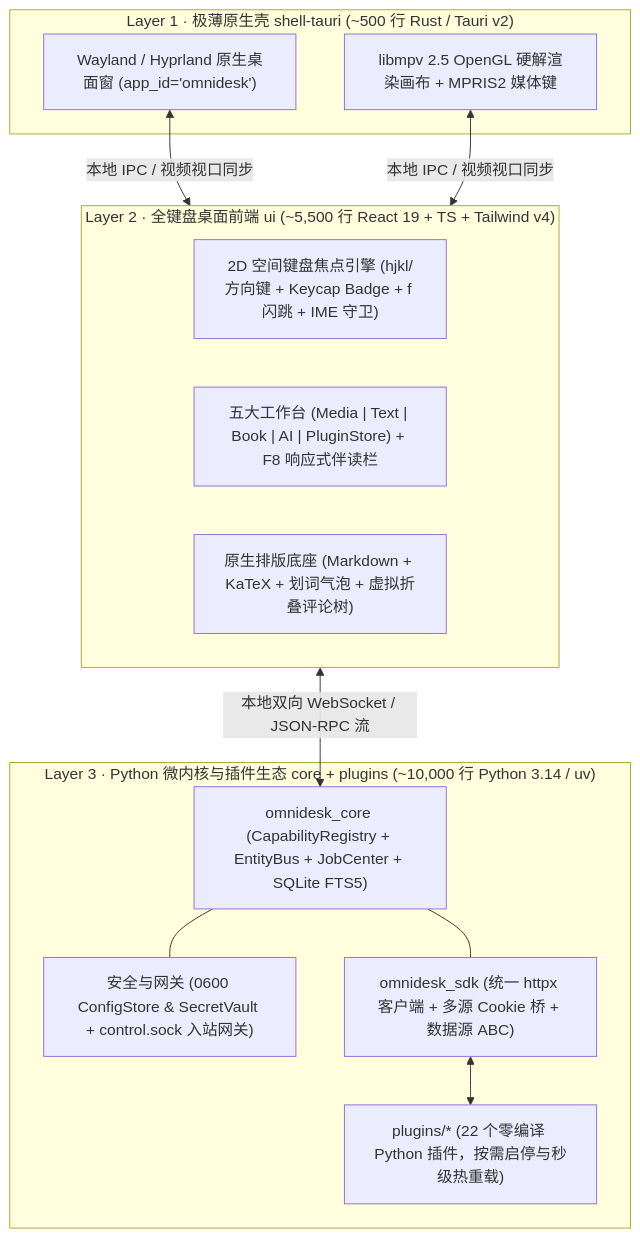
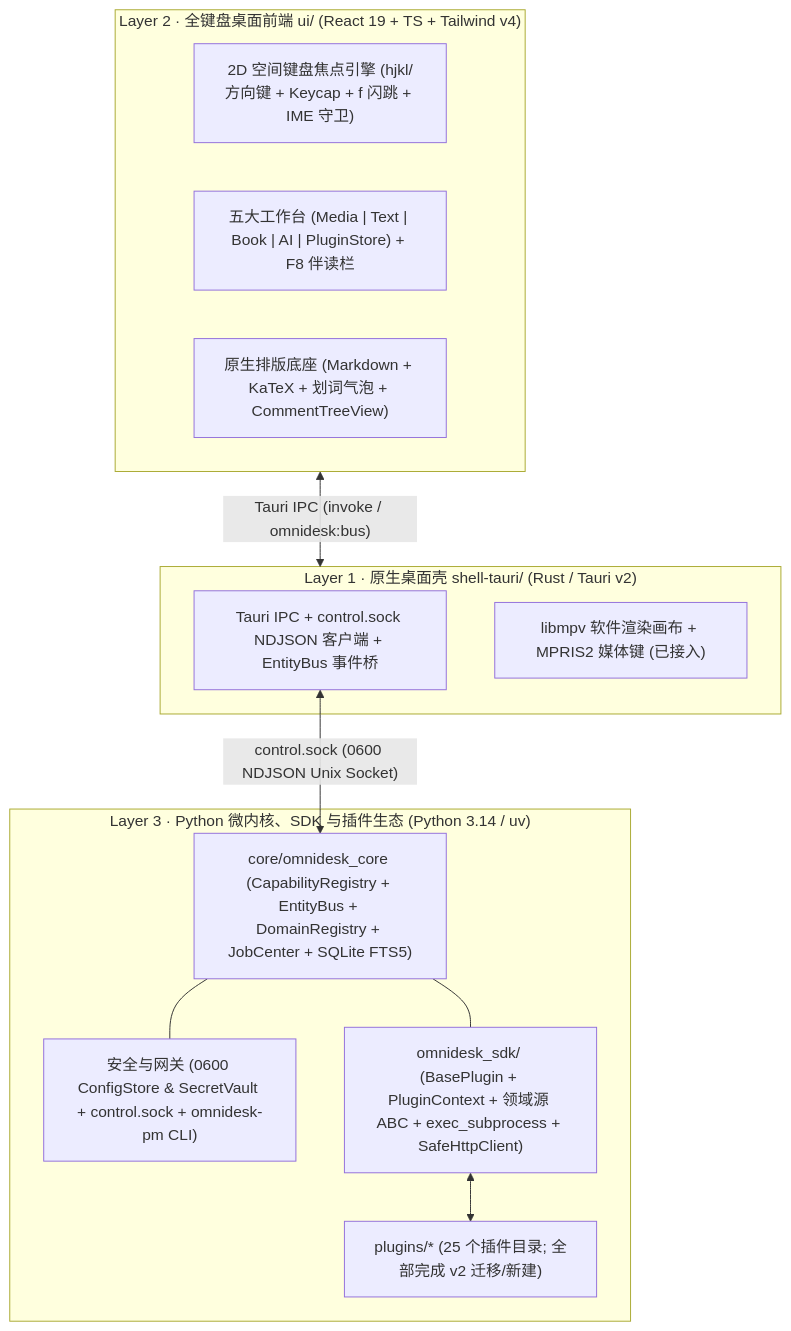
One commit to ZJFILOVE/omnidesk changed the diagram in ARCHITECTURE.md. Above: the diagram before and after it, drawn with Mermaid. The commit also changed other lines of this file and 402 other files, not shown here.

````diff
--- a/ARCHITECTURE.md
+++ b/ARCHITECTURE.md
@@ -26,25 +26,25 @@
 ```mermaid
 flowchart TB
-    subgraph Shell["Layer 1 · 极薄原生壳 shell-tauri (~500 行 Rust / Tauri v2)"]
-        WL["Wayland / Hyprland 原生桌面窗 (app_id='omnidesk')"]
-        MPV["libmpv 2.5 OpenGL 硬解渲染画布 + MPRIS2 媒体键"]
+    subgraph Shell["Layer 1 · 原生桌面壳 shell-tauri/ (Rust / Tauri v2)"]
+        IPC["Tauri IPC + control.sock NDJSON 客户端 + EntityBus 事件桥"]
+        MPV["libmpv 软件渲染画布 + MPRIS2 媒体键 (已接入)"]
     end
 
-    subgraph UI["Layer 2 · 全键盘桌面前端 ui (~5,500 行 React 19 + TS + Tailwind v4)"]
-        Focus["2D 空间键盘焦点引擎 (hjkl/方向键 + Keycap Badge + f 闪跳 + IME 守卫)"]
-        WB["五大工作台 (Media | Text | Book | AI | PluginStore) + F8 响应式伴读栏"]
-        Reader["原生排版底座 (Markdown + KaTeX + 划词气泡 + 虚拟折叠评论树)"]
+    subgraph UI["Layer 2 · 全键盘桌面前端 ui/ (React 19 + TS + Tailwind v4)"]
+        Focus["2D 空间键盘焦点引擎 (hjkl/方向键 + Keycap + f 闪跳 + IME 守卫)"]
+        WB["五大工作台 (Media | Text | Book | AI | PluginStore) + F8 伴读栏"]
+        Reader["原生排版底座 (Markdown + KaTeX + 划词气泡 + CommentTreeView)"]
     end
 
-    subgraph Core["Layer 3 · Python 微内核与插件生态 core + plugins (~10,000 行 Python 3.14 / uv)"]
-        Bus["omnidesk_core (CapabilityRegistry + EntityBus + JobCenter + SQLite FTS5)"]
-        Sec["安全与网关 (0600 ConfigStore & SecretVault + control.sock 入站网关)"]
-        SDK["omnidesk_sdk (统一 httpx 客户端 + 多源 Cookie 桥 + 数据源 ABC)"]
-        Plugs["plugins/* (22 个零编译 Python 插件，按需启停与秒级热重载)"]
+    subgraph Core["Layer 3 · Python 微内核、SDK 与插件生态 (Python 3.14 / uv)"]
+        Bus["core/omnidesk_core (CapabilityRegistry + EntityBus + DomainRegistry + JobCenter + SQLite FTS5)"]
+        Sec["安全与网关 (0600 ConfigStore & SecretVault + control.sock + omnidesk-pm CLI)"]
+        SDK["omnidesk_sdk/ (BasePlugin + PluginContext + 领域源 ABC + exec_subprocess + SafeHttpClient)"]
+        Plugs["plugins/* (25 个插件目录; 全部完成 v2 迁移/新建)"]
     end
 
-    WL & MPV <-->|"本地 IPC / 视频视口同步"| UI
-    UI <-->|"本地双向 WebSocket / JSON-RPC 流"| Bus
+    UI <-->|"Tauri IPC (invoke / omnidesk:bus)"| Shell
+    IPC <-->|"control.sock (0600 NDJSON Unix Socket)"| Bus
     Bus --- Sec & SDK
     SDK <--> Plugs
 ```
````
